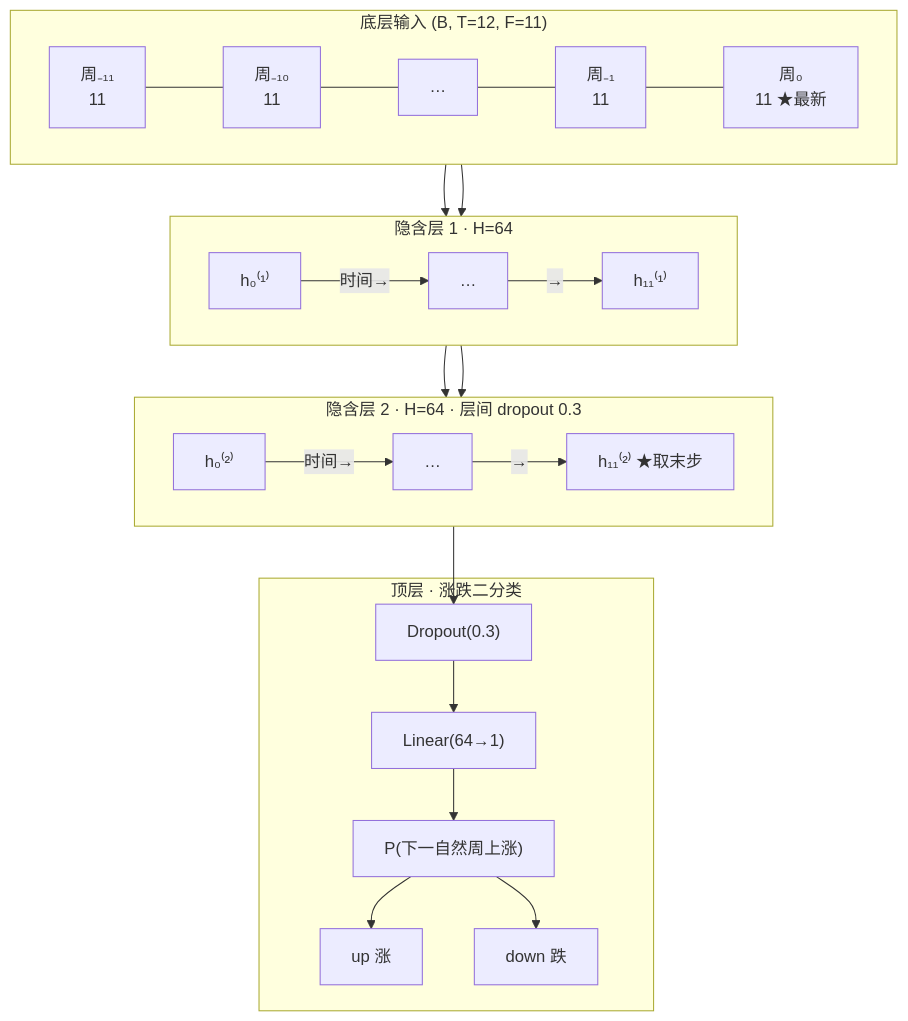
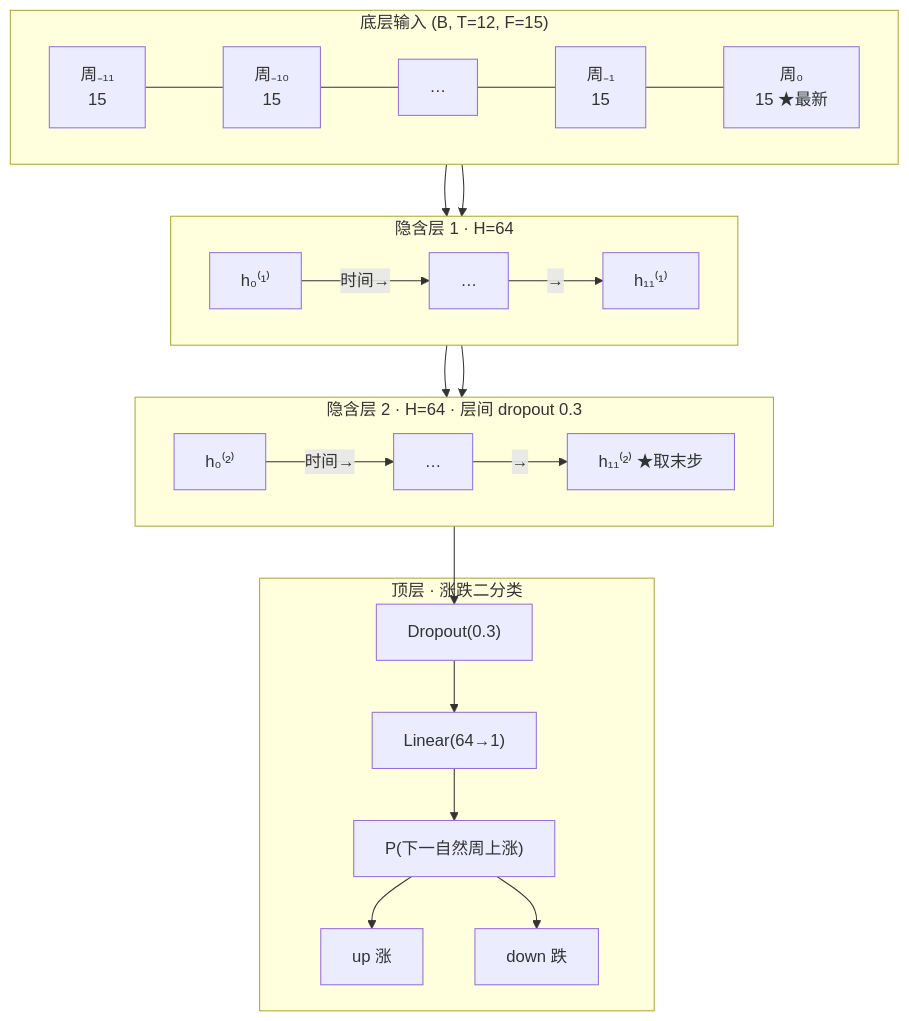
The seventh of 11 diagrams in docs/model-architecture.md (fanqingsong/stock_predictive), drawn with Mermaid before and after one commit. The commit also changed other lines of this file and 7 other files, not shown here.

First line of the commit message:
Add market-benchmark relative features and bump feature schema to v6-scale.

````diff
--- a/docs/model-architecture.md
+++ b/docs/model-architecture.md
@@ -341,30 +341,30 @@
 ```mermaid
 flowchart TB
-  subgraph IN ["底层输入 (B, T=12, F=11)"]
+  subgraph IN ["底层输入 (B, T=12, F=15)"]
     direction LR
-    I0["周₋₁₁<br/>11"] --- I1["周₋₁₀<br/>11"] --- I2["…"] --- I10["周₋₁<br/>11"] --- I11["周₀<br/>11 ★最新"]
+    I0["周₋₁₁<br/>15"] --- I1["周₋₁₀<br/>15"] --- I2["…"] --- I10["周₋₁<br/>15"] --- I11["周₀<br/>15 ★最新"]
   end
 
   subgraph H1 ["隐含层 1 · H=64"]
     direction LR
     A0["h₀⁽¹⁾"] -->|时间→| A1["…"] -->|→| A11["h₁₁⁽¹⁾"]
   end
 
   subgraph H2 ["隐含层 2 · H=64 · 层间 dropout 0.3"]
     direction LR
     B0["h₀⁽²⁾"] -->|时间→| B1["…"] -->|→| B11["h₁₁⁽²⁾ ★取末步"]
   end
 
   subgraph CLS ["顶层 · 涨跌二分类"]
     DO["Dropout(0.3)"] --> FC["Linear(64→1)"]
     FC --> P["P(下一自然周上涨)"]
     P --> U["up 涨"]
     P --> D["down 跌"]
   end
 
   I0 --> A0
   I11 --> A11
   A0 --> B0
   A11 --> B11
   B11 --> DO
 ```
````
